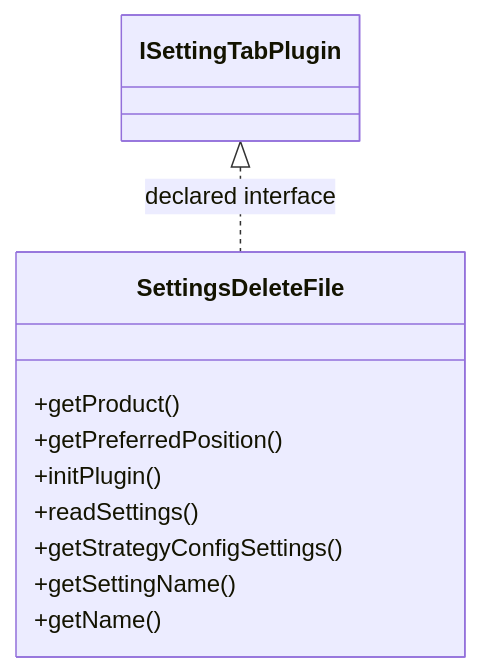
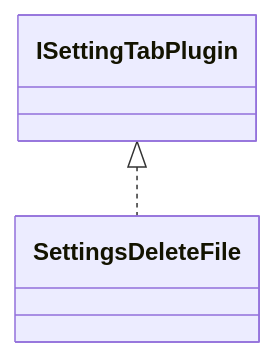
The diagram in docs/sqx/Shared/SettingsDeleteFile.md (haruperi/HaruQuantAI), drawn with Mermaid before and after one commit. The commit also changed other lines of this file and 1688 other files, not shown here.

````diff
--- a/docs/sqx/Shared/SettingsDeleteFile.md
+++ b/docs/sqx/Shared/SettingsDeleteFile.md
@@ -30,14 +26,6 @@
 ```mermaid
 classDiagram
-    class C046cf890c86f["SettingsDeleteFile"] {
-        +getProduct()
-        +getPreferredPosition()
-        +initPlugin()
-        +readSettings()
-        +getStrategyConfigSettings()
-        +getSettingName()
-        +getName()
-    }
-    class C27734eb41505["ISettingTabPlugin"]
-    C27734eb41505 <|.. C046cf890c86f : declared interface
+    class C0["SettingsDeleteFile"]
+    class E0["ISettingTabPlugin"]
+    E0 <|.. C0
 ```
````
